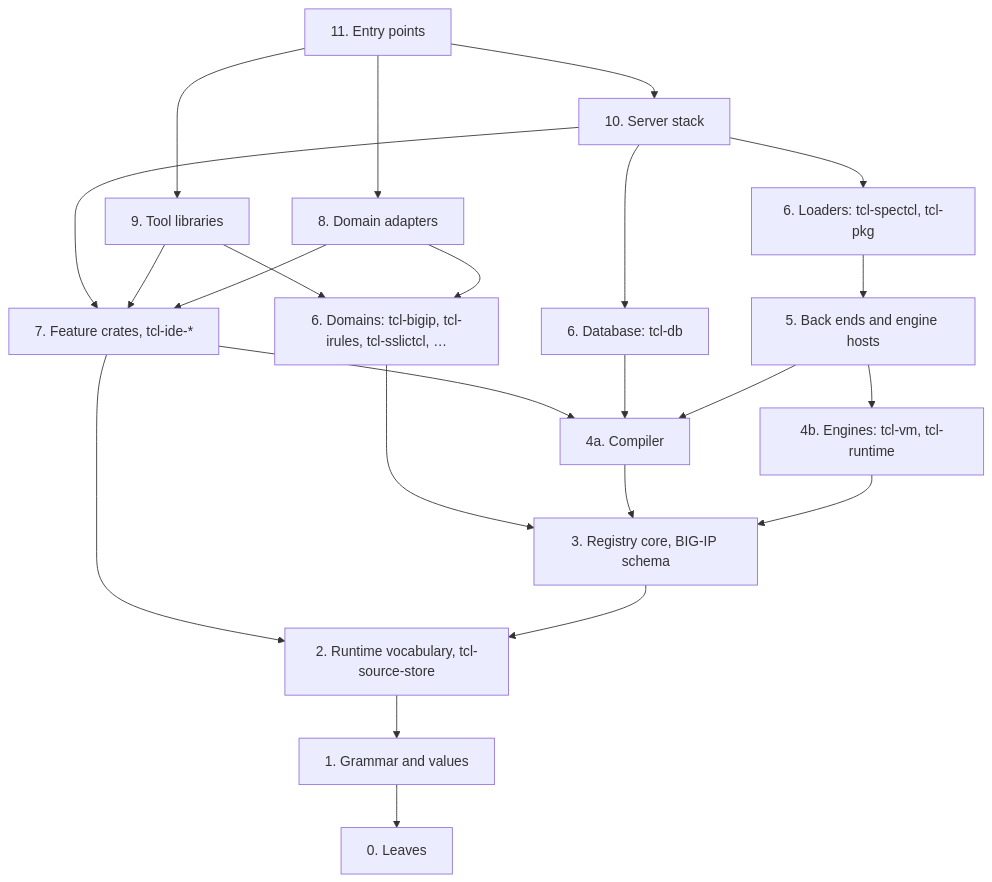
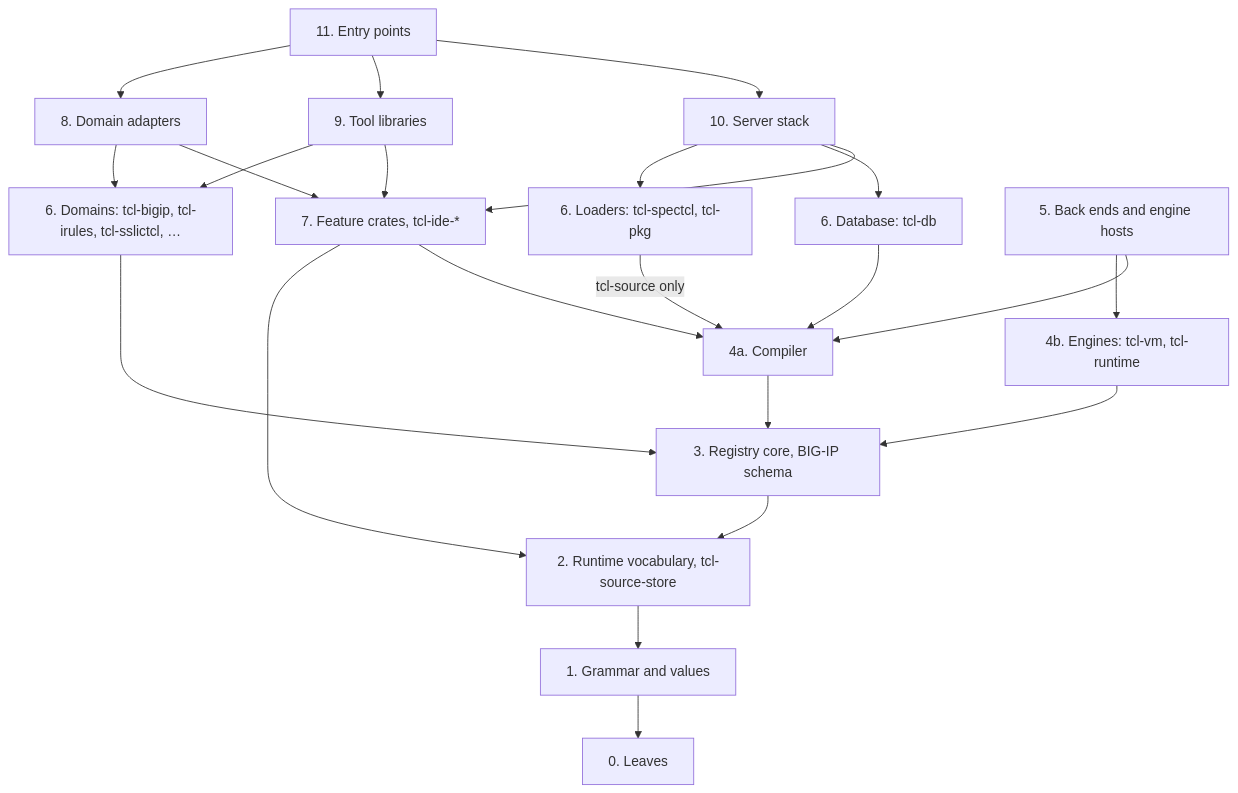
Before and after one commit to bitwisecook/tcl-lsp: the second of 3 diagrams in docs/design/workspace/overview.md, drawn with Mermaid. The commit also changed other lines of this file and 10 other files, not shown here.

````diff
--- a/docs/design/workspace/overview.md
+++ b/docs/design/workspace/overview.md
@@ -121,40 +121,40 @@
 ```mermaid
 flowchart TB
   L11["11. Entry points"]
   L10["10. Server stack"]
   L9["9. Tool libraries"]
   L8["8. Domain adapters"]
   L7["7. Feature crates, tcl-ide-*"]
   L6db["6. Database: tcl-db"]
   L6dom["6. Domains: tcl-bigip, tcl-irules, tcl-sslictcl, …"]
   L6load["6. Loaders: tcl-spectcl, tcl-pkg"]
   L5["5. Back ends and engine hosts"]
   L4a["4a. Compiler"]
   L4b["4b. Engines: tcl-vm, tcl-runtime"]
   L3["3. Registry core, BIG-IP schema"]
   L2["2. Runtime vocabulary, tcl-source-store"]
   L1["1. Grammar and values"]
   L0["0. Leaves"]
   L11 --> L10
   L11 --> L9
   L11 --> L8
   L10 --> L7
   L10 --> L6db
   L10 --> L6load
   L9 --> L7
   L9 --> L6dom
   L8 --> L7
   L8 --> L6dom
   L7 --> L4a
   L7 --> L2
   L6db --> L4a
   L6dom --> L3
-  L6load --> L5
+  L6load -->|"tcl-source only"| L4a
   L5 --> L4a
   L5 --> L4b
   L4a --> L3
   L4b --> L3
   L3 --> L2
   L2 --> L1
   L1 --> L0
 ```
````
